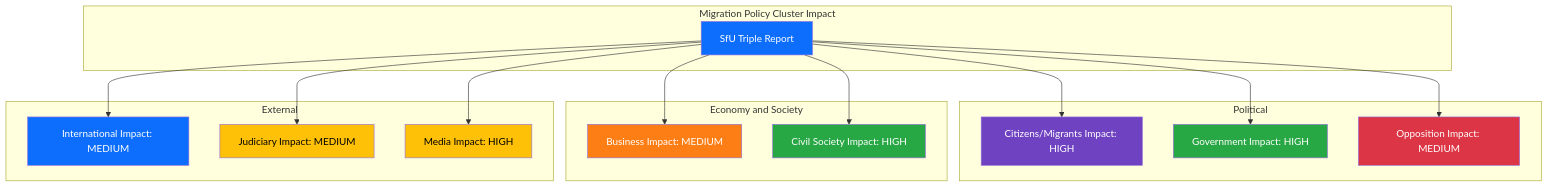
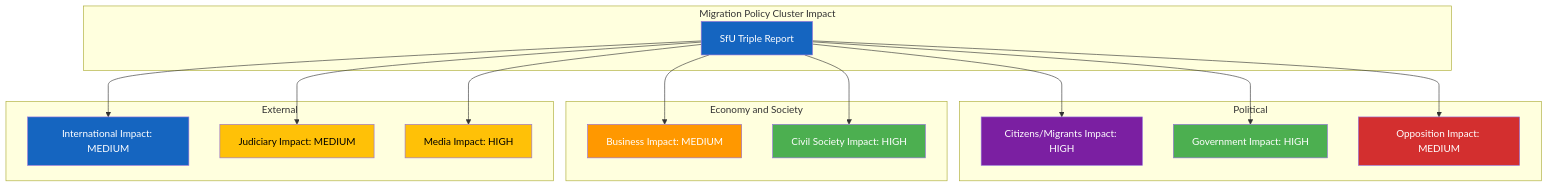
Before and after one commit to Hack23/riksdagsmonitor: the diagram in analysis/daily/2026-04-10/realtime-1424/stakeholder-perspectives.md, drawn with Mermaid. The commit also changed 785 other files, not shown here.

First line of the commit message:
Normalize mermaid colors across 786 analysis artifacts to ISMS Style Guide palette

````diff
--- a/analysis/daily/2026-04-10/realtime-1424/stakeholder-perspectives.md
+++ b/analysis/daily/2026-04-10/realtime-1424/stakeholder-perspectives.md
@@ -21,37 +21,37 @@
 ```mermaid
 graph TD
     subgraph "Migration Policy Cluster Impact"
         DOC["SfU Triple Report"]
     end
     subgraph "Political"
         CIT["Citizens/Migrants Impact: HIGH"]
         GOV["Government Impact: HIGH"]
         OPP["Opposition Impact: MEDIUM"]
     end
     subgraph "Economy and Society"
         BIZ["Business Impact: MEDIUM"]
         CIV["Civil Society Impact: HIGH"]
     end
     subgraph "External"
         INT["International Impact: MEDIUM"]
         JUD["Judiciary Impact: MEDIUM"]
         MED["Media Impact: HIGH"]
     end
     DOC --> CIT
     DOC --> GOV
     DOC --> OPP
     DOC --> BIZ
     DOC --> CIV
     DOC --> INT
     DOC --> JUD
     DOC --> MED
-    style DOC fill:#0d6efd,color:#fff
-    style CIT fill:#6f42c1,color:#fff
-    style GOV fill:#28a745,color:#fff
-    style OPP fill:#dc3545,color:#fff
-    style BIZ fill:#fd7e14,color:#fff
-    style CIV fill:#28a745,color:#fff
-    style INT fill:#0d6efd,color:#fff
-    style JUD fill:#ffc107,color:#000
-    style MED fill:#ffc107,color:#000
+    style DOC fill:#1565C0,color:#FFFFFF
+    style CIT fill:#7B1FA2,color:#FFFFFF
+    style GOV fill:#4CAF50,color:#FFFFFF
+    style OPP fill:#D32F2F,color:#FFFFFF
+    style BIZ fill:#FF9800,color:#FFFFFF
+    style CIV fill:#4CAF50,color:#FFFFFF
+    style INT fill:#1565C0,color:#FFFFFF
+    style JUD fill:#FFC107,color:#000000
+    style MED fill:#FFC107,color:#000000
 ```
````
